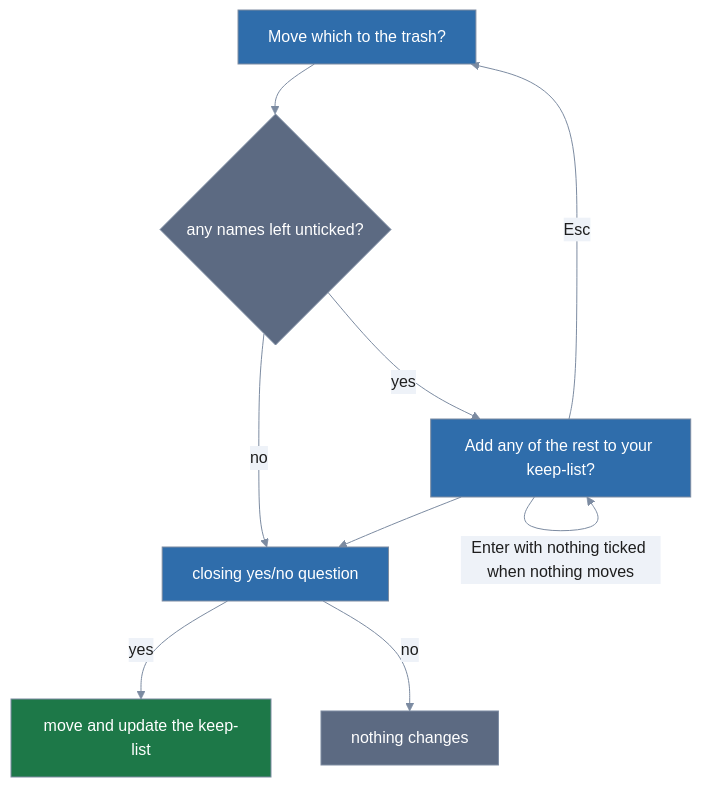
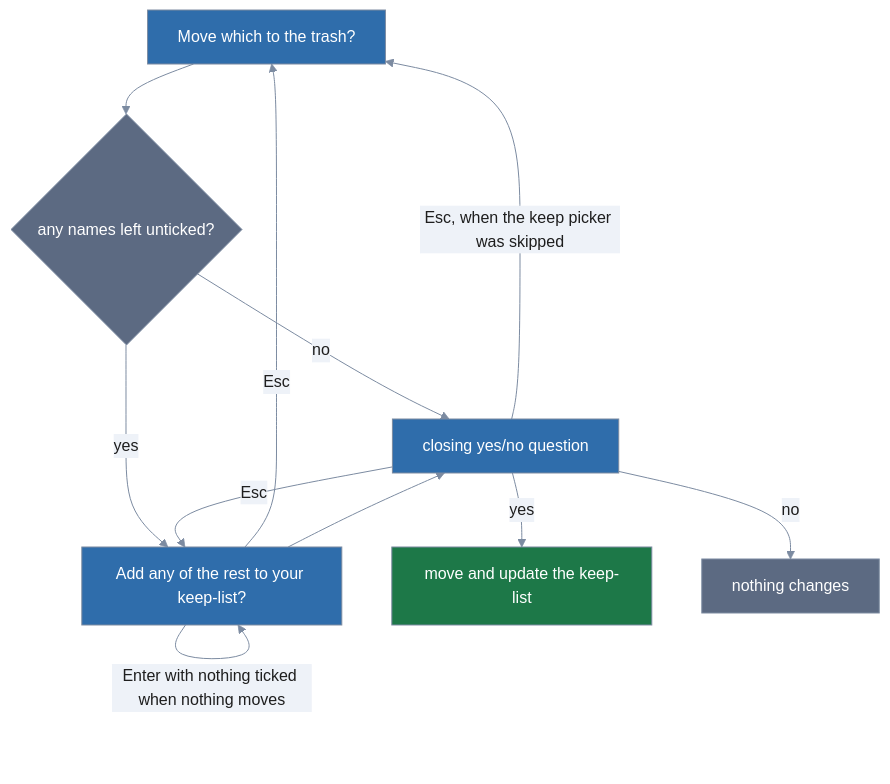
One commit to trevor-vaughan/lola-go changed the diagram in docs/guides/tidying.md. Above: the diagram before and after it, drawn with Mermaid. The commit also changed other lines of this file and 82 other files, not shown here.

````diff
--- a/docs/guides/tidying.md
+++ b/docs/guides/tidying.md
@@ -67,33 +67,35 @@
 ```mermaid
 %%{init: {'theme': 'base', 'themeVariables': {
   'primaryColor': '#2f6dab',
   'primaryTextColor': '#1e1e1e',
   'primaryBorderColor': '#7c8ba1',
   'lineColor': '#7c8ba1',
   'edgeLabelBackground': '#eef2f8',
   'tertiaryColor': 'transparent',
   'tertiaryTextColor': '#7c8ba1',
   'tertiaryBorderColor': '#7c8ba1',
   'clusterBkg': 'transparent',
   'clusterBorder': '#7c8ba1',
   'titleColor': '#7c8ba1',
   'noteBkgColor': '#eef2f8',
   'noteTextColor': '#1e1e1e',
   'fontFamily': 'system-ui, sans-serif'
 }, 'themeCSS': '.node .nodeLabel{color:#ffffff!important;fill:#ffffff!important;}'}}%%
 flowchart TD
   Move[Move which to the trash?] --> Left{any names left unticked?}
   Left -->|no| Ask[closing yes/no question]
   Left -->|yes| Keep[Add any of the rest to your keep-list?]
   Keep -->|Esc| Move
   Keep -->|Enter with nothing ticked when nothing moves| Keep
   Keep --> Ask
+  Ask -->|Esc| Keep
+  Ask -->|Esc, when the keep picker was skipped| Move
   Ask -->|yes| Run[move and update the keep-list]
   Ask -->|no| Nothing[nothing changes]
   classDef sysA fill:#2f6dab,color:#ffffff,stroke:#7c8ba1
   classDef sysB fill:#1d7848,color:#ffffff,stroke:#7c8ba1
   classDef sysF fill:#5c6a82,color:#ffffff,stroke:#7c8ba1
   class Move,Keep,Ask sysA
   class Run sysB
   class Left,Nothing sysF
 ```
````
